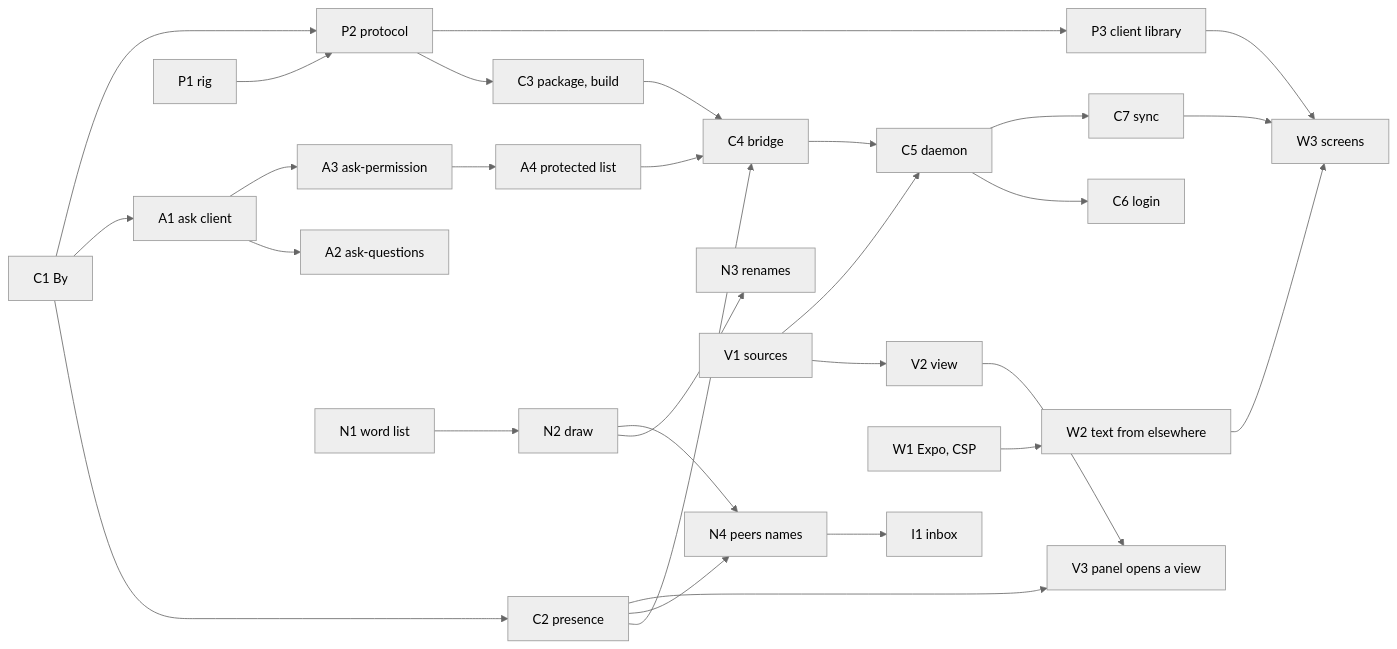
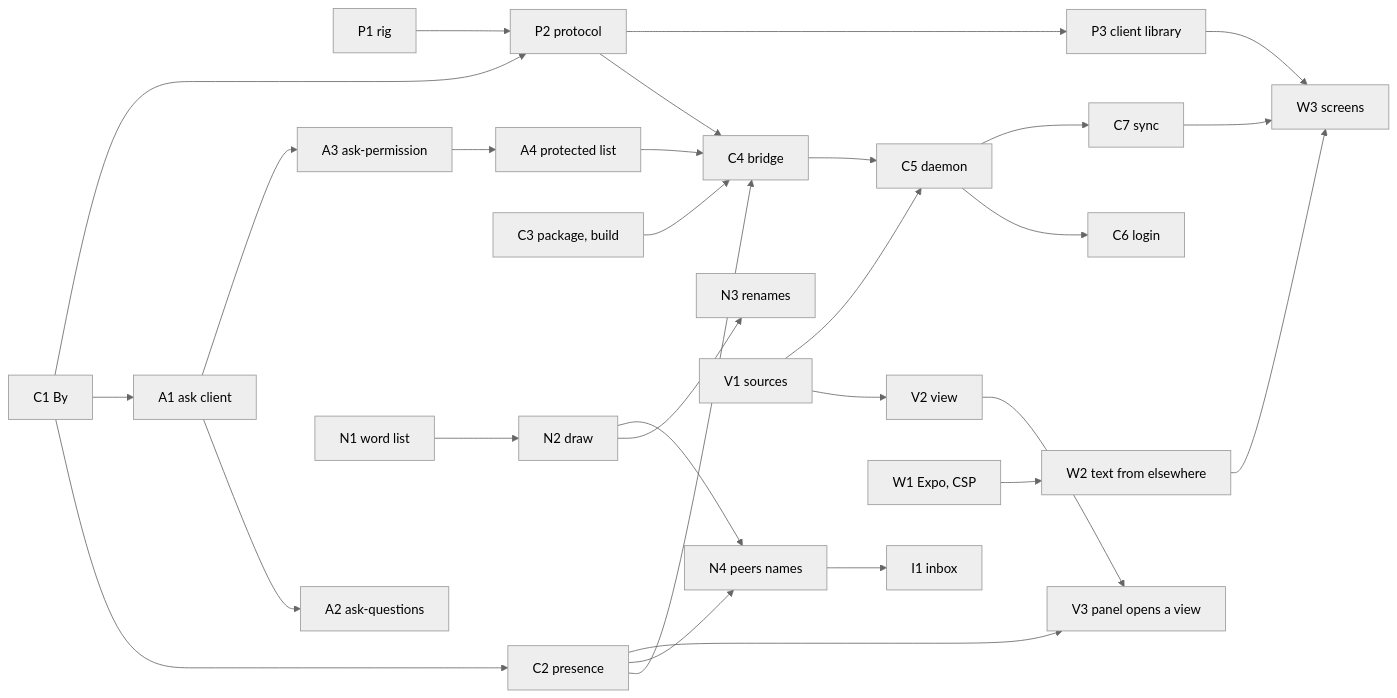
One commit to felipeadeildo/pi-harness changed the diagram in docs/remote-plan.md. Above: the diagram before and after it, drawn with Mermaid (neutral theme). The commit also changed other lines of this file and 13 other files, not shown here.

````diff
--- a/docs/remote-plan.md
+++ b/docs/remote-plan.md
@@ -102,20 +102,21 @@
 ```mermaid
 flowchart LR
   C1["C1 By"] --> C2["C2 presence"] --> C4["C4 bridge"] --> C5["C5 daemon"]
   C1 --> A1
   C1 --> P2
-  P1["P1 rig"] --> P2["P2 protocol"] --> C3["C3 package, build"] --> C4
+  P1["P1 rig"] --> P2["P2 protocol"] --> C4
+  C3["C3 package, build"] --> C4
   C5 --> C6["C6 login"]
   C5 --> C7["C7 sync"]
   A1["A1 ask client"] --> A2["A2 ask-questions"]
   A1 --> A3["A3 ask-permission"] --> A4["A4 protected list"] --> C4
   N1["N1 word list"] --> N2["N2 draw"] --> N3["N3 renames"]
   N2 --> N4["N4 peers names"] --> I1["I1 inbox"]
   C2 --> N4
   V1["V1 sources"] --> V2["V2 view"] --> V3["V3 panel opens a view"]
   V1 --> C5
   C2 --> V3
   P2 --> P3["P3 client library"] --> W3
   W1["W1 Expo, CSP"] --> W2["W2 text from elsewhere"] --> W3["W3 screens"]
   C7 --> W3
 ```
````
